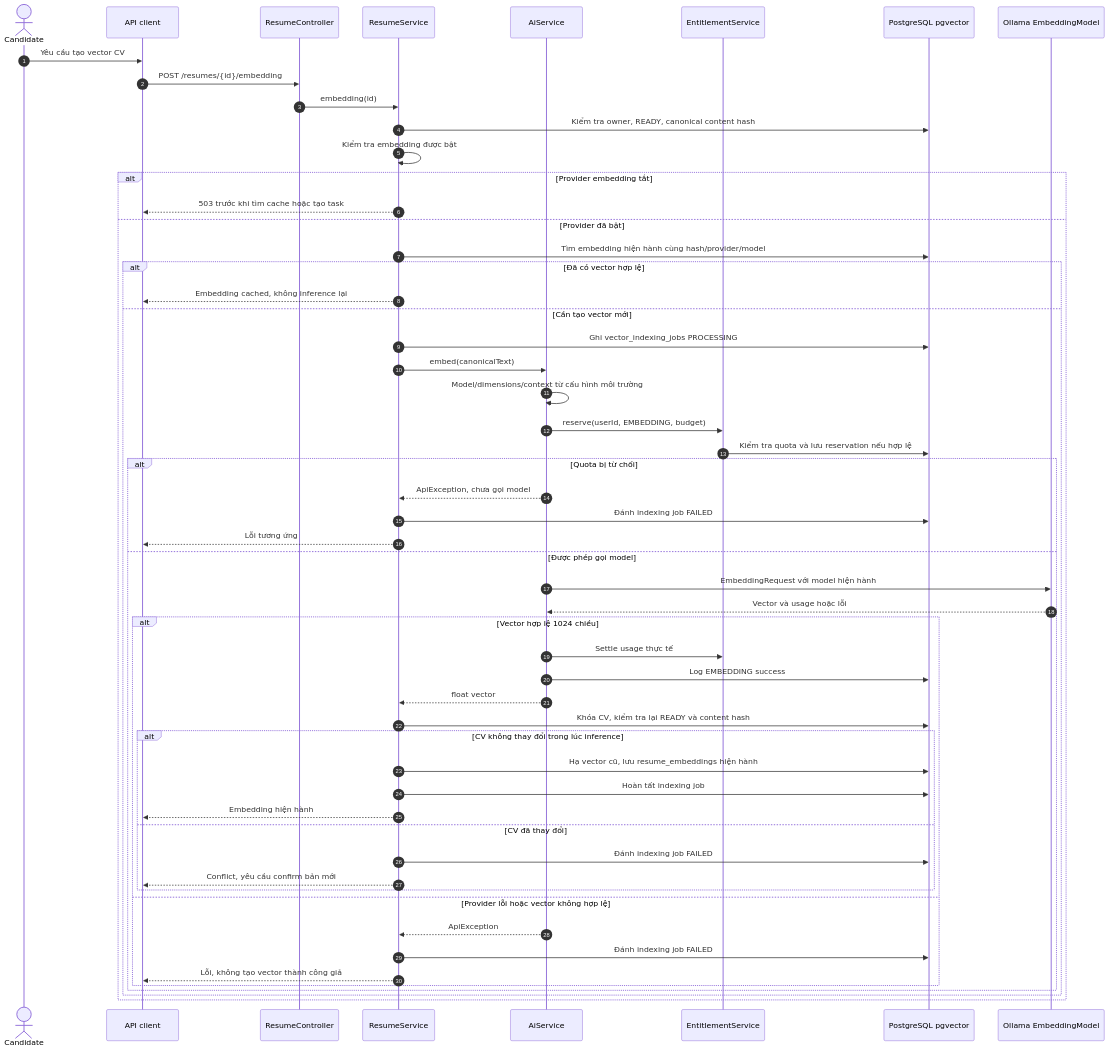
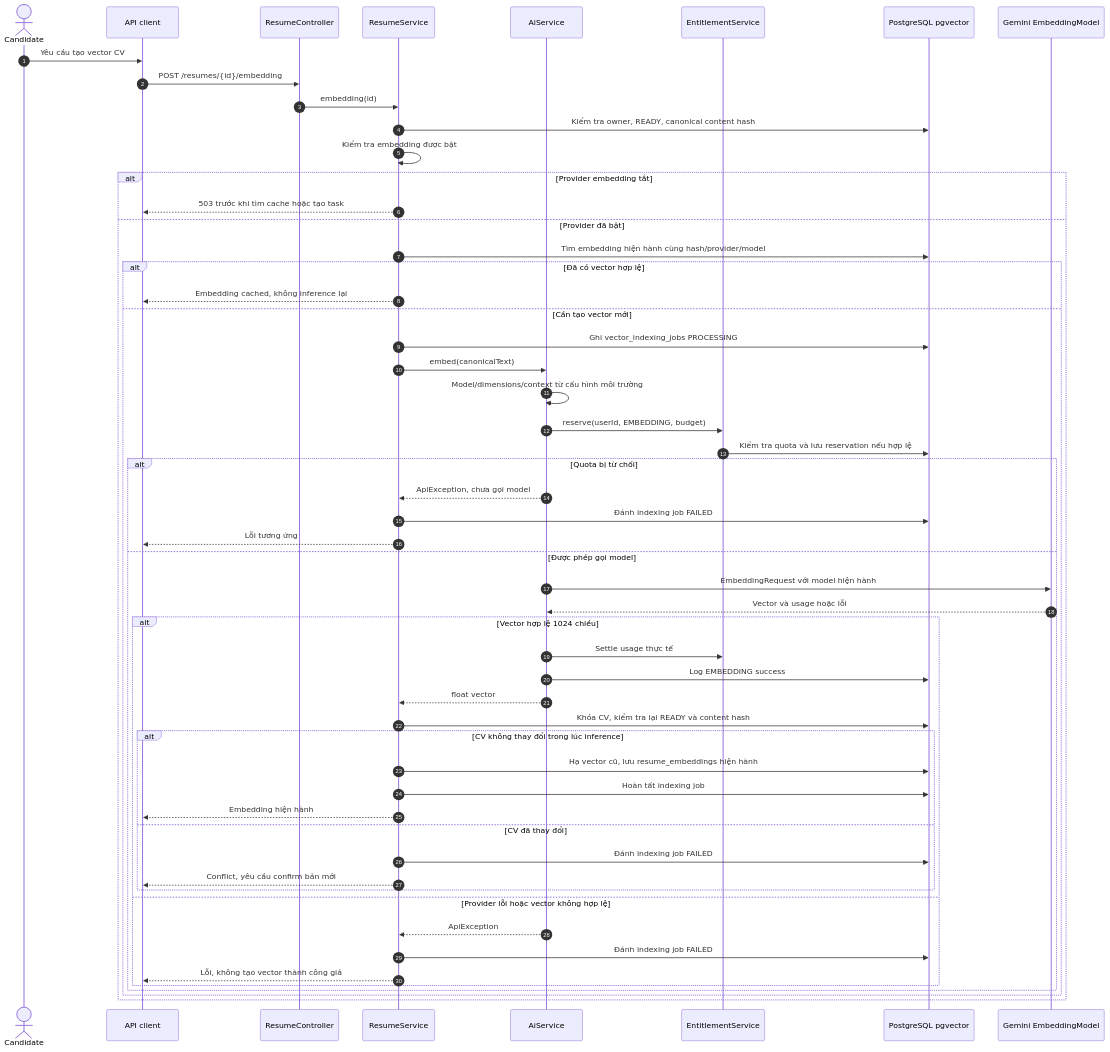
Before and after one commit to Quangtr04/Intelligent-CV-Matching-AI-Agent-BE: diagram 27 of 32 in docs/sequence-diagrams.md, drawn with Mermaid. The commit also changed other lines of this file and 128 other files, not shown here.

````diff
--- a/docs/sequence-diagrams.md
+++ b/docs/sequence-diagrams.md
@@ -1982,58 +1982,58 @@
 ```mermaid
 sequenceDiagram
     autonumber
     actor C as Candidate
     participant Client as API client
     participant API as ResumeController
     participant Resume as ResumeService
     participant AI as AiService
     participant Quota as EntitlementService
     participant DB as PostgreSQL pgvector
-    participant Model as Ollama EmbeddingModel
+    participant Model as Gemini EmbeddingModel
 
     C->>Client: Yêu cầu tạo vector CV
     Client->>API: POST /resumes/{id}/embedding
     API->>Resume: embedding(id)
     Resume->>DB: Kiểm tra owner, READY, canonical content hash
     Resume->>Resume: Kiểm tra embedding được bật
     alt Provider embedding tắt
         Resume-->>Client: 503 trước khi tìm cache hoặc tạo task
     else Provider đã bật
         Resume->>DB: Tìm embedding hiện hành cùng hash/provider/model
         alt Đã có vector hợp lệ
             Resume-->>Client: Embedding cached, không inference lại
         else Cần tạo vector mới
             Resume->>DB: Ghi vector_indexing_jobs PROCESSING
             Resume->>AI: embed(canonicalText)
             AI->>AI: Model/dimensions/context từ cấu hình môi trường
             AI->>Quota: reserve(userId, EMBEDDING, budget)
             Quota->>DB: Kiểm tra quota và lưu reservation nếu hợp lệ
             alt Quota bị từ chối
                 AI-->>Resume: ApiException, chưa gọi model
                 Resume->>DB: Đánh indexing job FAILED
                 Resume-->>Client: Lỗi tương ứng
             else Được phép gọi model
                 AI->>Model: EmbeddingRequest với model hiện hành
                 Model-->>AI: Vector và usage hoặc lỗi
                 alt Vector hợp lệ 1024 chiều
                     AI->>Quota: Settle usage thực tế
                     AI->>DB: Log EMBEDDING success
                     AI-->>Resume: float vector
                     Resume->>DB: Khóa CV, kiểm tra lại READY và content hash
                     alt CV không thay đổi trong lúc inference
                         Resume->>DB: Hạ vector cũ, lưu resume_embeddings hiện hành
                         Resume->>DB: Hoàn tất indexing job
                         Resume-->>Client: Embedding hiện hành
                     else CV đã thay đổi
                         Resume->>DB: Đánh indexing job FAILED
                         Resume-->>Client: Conflict, yêu cầu confirm bản mới
                     end
                 else Provider lỗi hoặc vector không hợp lệ
                     AI-->>Resume: ApiException
                     Resume->>DB: Đánh indexing job FAILED
                     Resume-->>Client: Lỗi, không tạo vector thành công giả
                 end
             end
         end
     end
 ```
````
